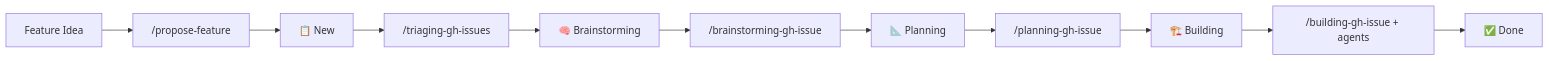
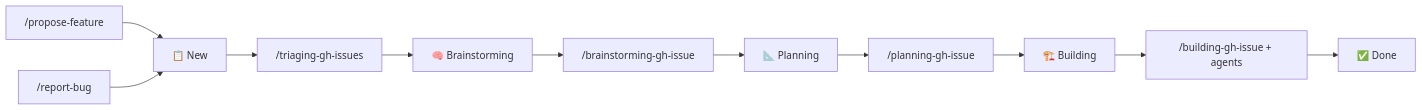
Before and after one commit to HeadlessTarry/Token-Effort: the second of 2 diagrams in README.md, drawn with Mermaid. The commit also changed other lines of this file, not shown here.

````diff
--- a/README.md
+++ b/README.md
@@ -65,13 +74,13 @@
 ```mermaid
 graph LR
-    A["Feature Idea"] --> B["/propose-feature"]
-    B --> C["📋 New"]
+    A1["/propose-feature"] --> C["📋 New"]
+    A2["/report-bug"] --> C
     C --> D["/triaging-gh-issues"]
     D --> E["🧠 Brainstorming"]
     E --> F["/brainstorming-gh-issue"]
     F --> G["📐 Planning"]
     G --> H["/planning-gh-issue"]
     H --> I["🏗️ Building"]
     I --> J["/building-gh-issue + agents"]
     J --> K["✅ Done"]
 ```
````
